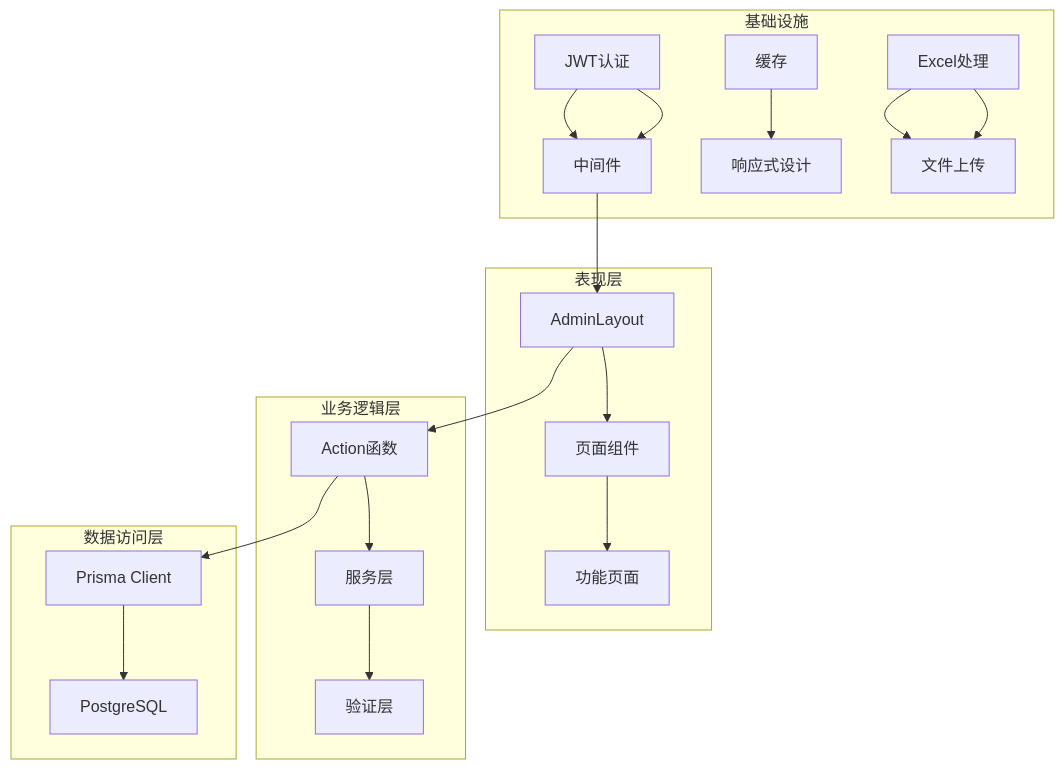
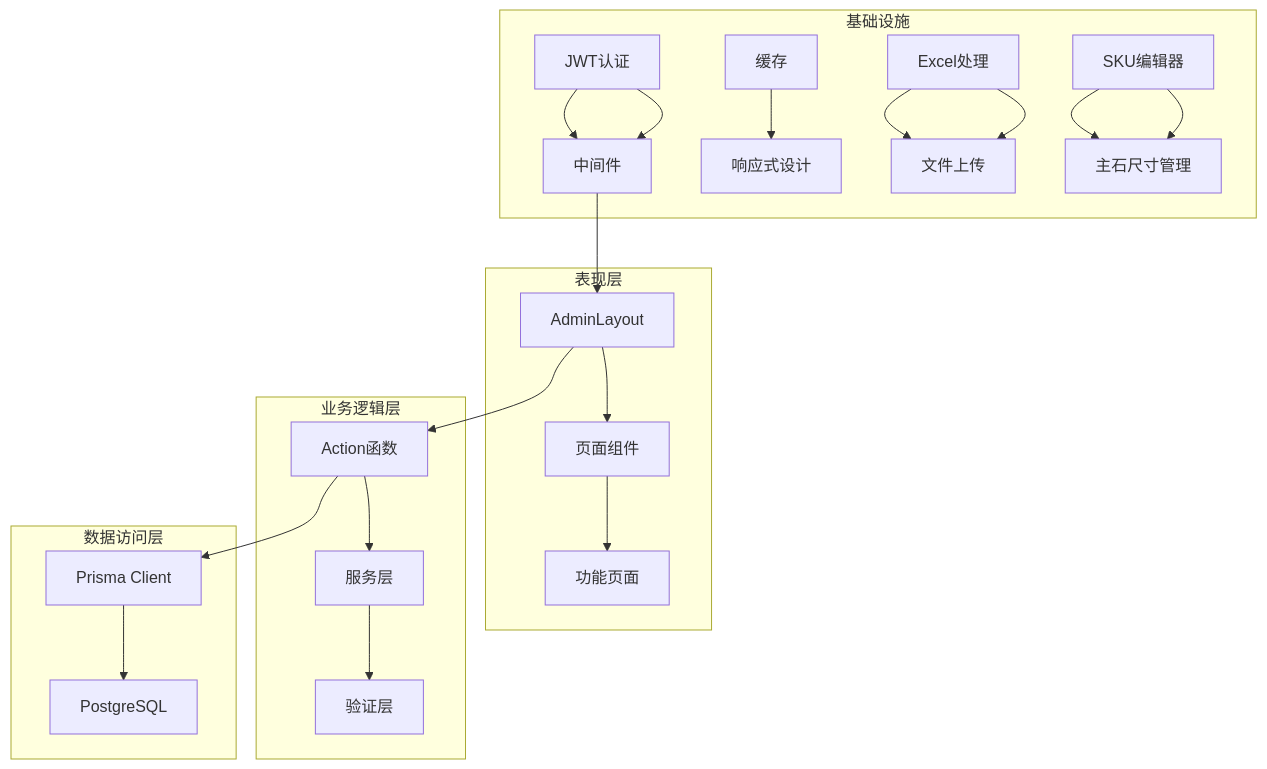
Before and after one commit to three3638-arch/celestia_2b: the third of 11 diagrams in .qoder/repowiki/zh/content/管理后台系统/管理后台系统.md, drawn with Mermaid. The commit also changed other lines of this file and 14 other files, not shown here.

````diff
--- a/.qoder/repowiki/zh/content/管理后台系统/管理后台系统.md
+++ b/.qoder/repowiki/zh/content/管理后台系统/管理后台系统.md
@@ -220,24 +228,26 @@
 ```mermaid
 graph TB
 subgraph "表现层"
 A[AdminLayout] --> B[页面组件]
 B --> C[功能页面]
 end
 subgraph "业务逻辑层"
 D[Action函数] --> E[服务层]
 E --> F[验证层]
 end
 subgraph "数据访问层"
 G[Prisma Client] --> H[PostgreSQL]
 end
 subgraph "基础设施"
 I[JWT认证] --> J[中间件]
 K[缓存] --> L[响应式设计]
 M[Excel处理] --> N[文件上传]
+O[SKU编辑器] --> P[主石尺寸管理]
 end
 A --> D
 D --> G
 I --> J
 J --> A
 M --> N
+O --> P
 ```
````
